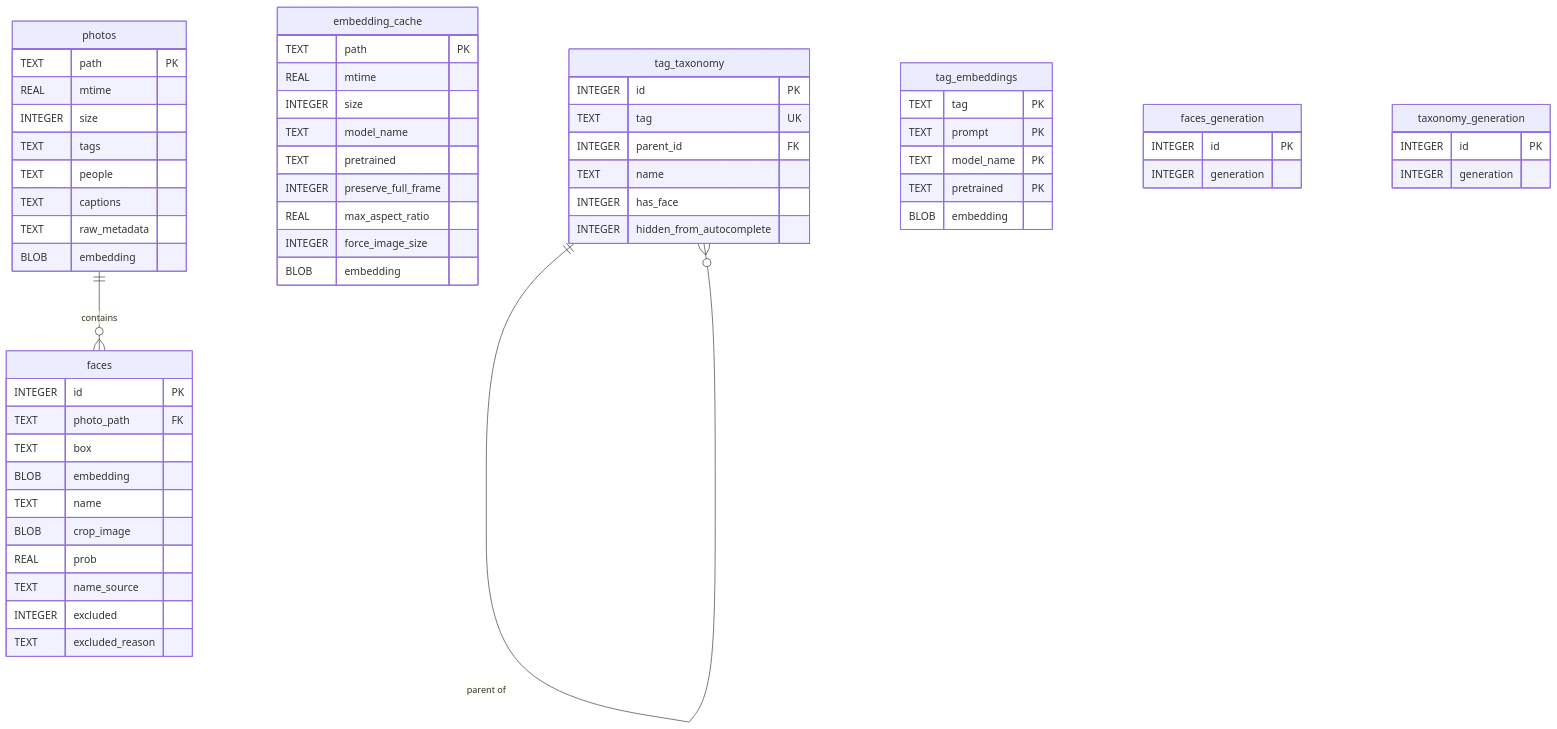
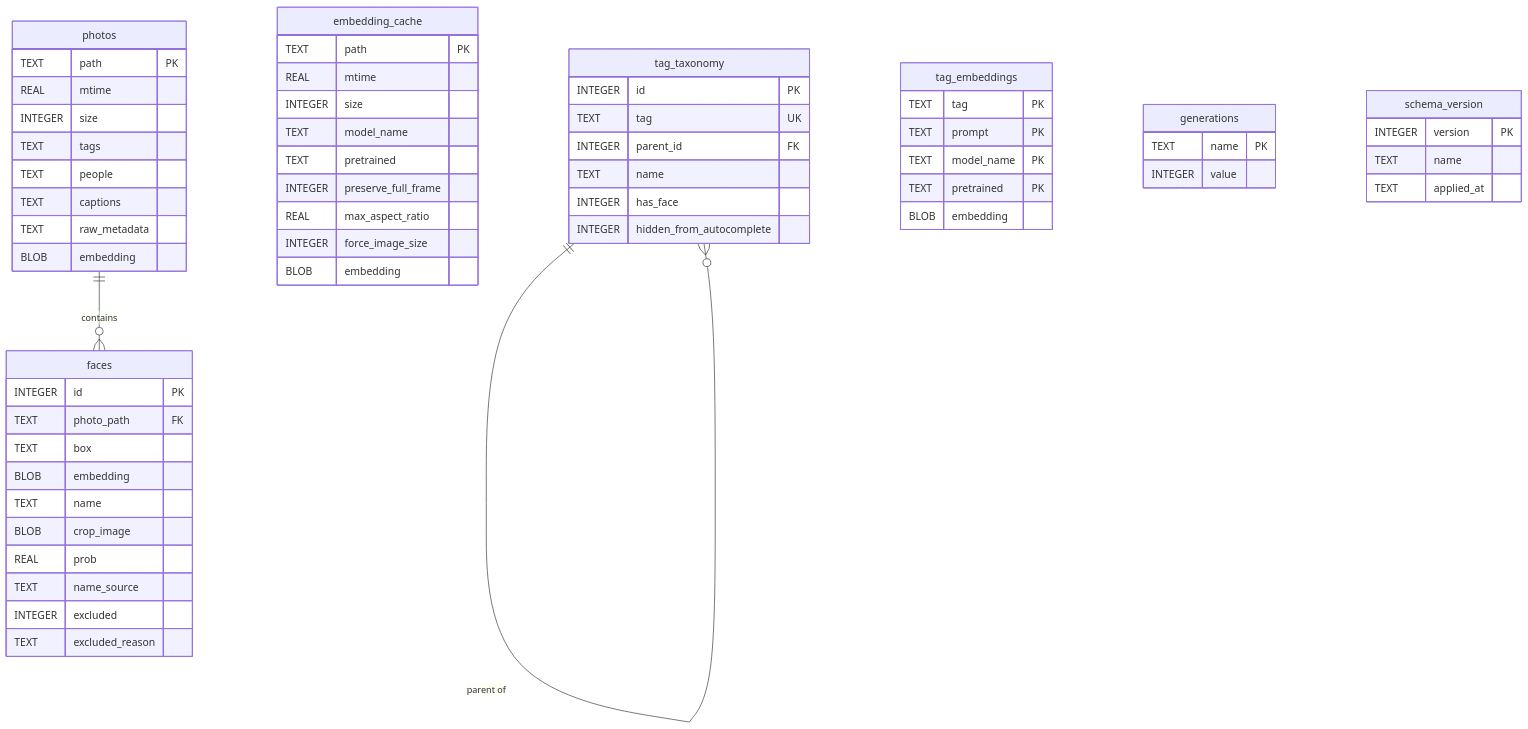
The first of 2 diagrams in DATABASE.md (Wizoi/TagPup), drawn with Mermaid before and after one commit. The commit also changed other lines of this file and 12 other files, not shown here.

First line of the commit message:
refactor: one owner for the schema, with versioned migrations

````diff
--- a/DATABASE.md
+++ b/DATABASE.md
@@ -147,68 +154,69 @@
 ```mermaid
 erDiagram
     photos {
         TEXT path PK
         REAL mtime
         INTEGER size
         TEXT tags
         TEXT people
         TEXT captions
         TEXT raw_metadata
         BLOB embedding
     }
     
     faces {
         INTEGER id PK
         TEXT photo_path FK
         TEXT box
         BLOB embedding
         TEXT name
         BLOB crop_image
         REAL prob
         TEXT name_source
         INTEGER excluded
         TEXT excluded_reason
     }
     
     embedding_cache {
         TEXT path PK
         REAL mtime
         INTEGER size
         TEXT model_name
         TEXT pretrained
         INTEGER preserve_full_frame
         REAL max_aspect_ratio
         INTEGER force_image_size
         BLOB embedding
     }
 
     tag_taxonomy {
         INTEGER id PK
         TEXT tag UK
         INTEGER parent_id FK
         TEXT name
         INTEGER has_face
         INTEGER hidden_from_autocomplete
     }
 
     tag_embeddings {
         TEXT tag PK
         TEXT prompt PK
         TEXT model_name PK
         TEXT pretrained PK
         BLOB embedding
     }
 
-    faces_generation {
-        INTEGER id PK
-        INTEGER generation
+    generations {
+        TEXT name PK
+        INTEGER value
     }
 
-    taxonomy_generation {
-        INTEGER id PK
-        INTEGER generation
+    schema_version {
+        INTEGER version PK
+        TEXT name
+        TEXT applied_at
     }
 
     photos ||--o{ faces : "contains"
     tag_taxonomy ||--o{ tag_taxonomy : "parent of"
 ```
````
